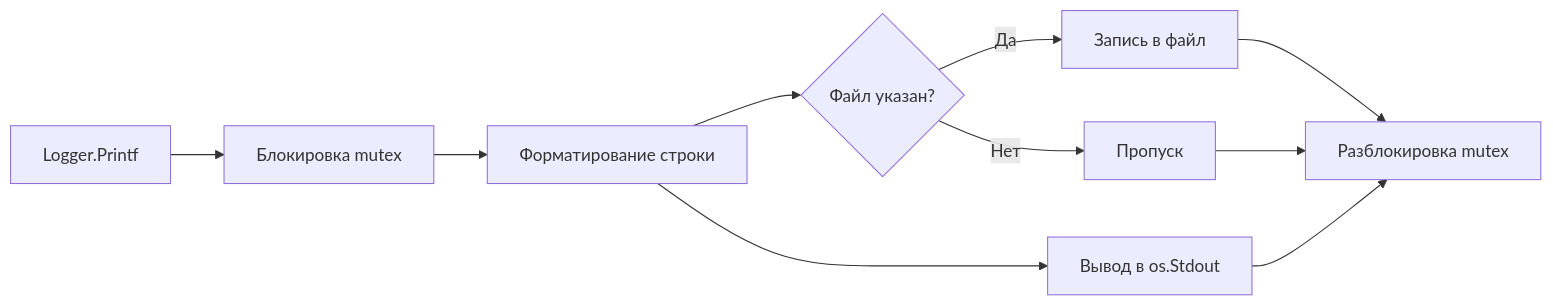
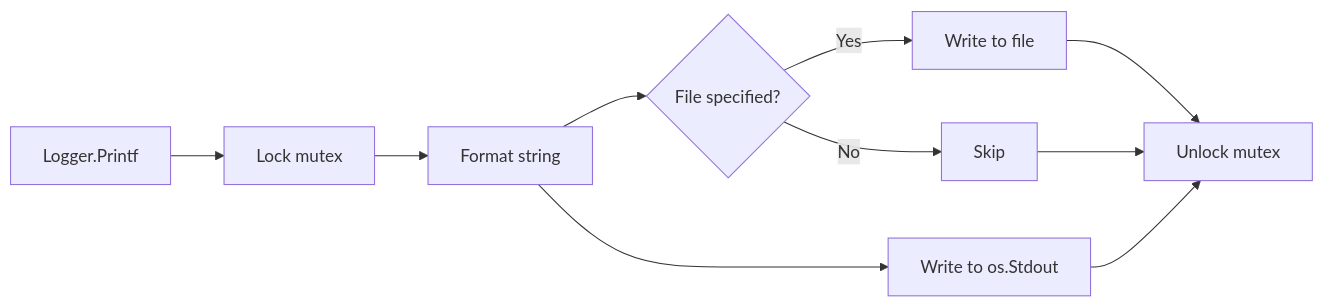
One commit to phrensied/procwatch changed the fourth of 4 diagrams in README.md. Above: the diagram before and after it, drawn with Mermaid. The commit also changed other lines of this file, not shown here.

````diff
--- a/README.md
+++ b/README.md
@@ -109,12 +109,12 @@
 ```mermaid
 flowchart LR
-    A[Logger.Printf] --> B[Блокировка mutex]
-    B --> C[Форматирование строки]
-    C --> D[Вывод в os.Stdout]
-    C --> E{Файл указан?}
-    E -->|Да| F[Запись в файл]
-    E -->|Нет| G[Пропуск]
-    F --> H[Разблокировка mutex]
+    A[Logger.Printf] --> B[Lock mutex]
+    B --> C[Format string]
+    C --> D[Write to os.Stdout]
+    C --> E{File specified?}
+    E -->|Yes| F[Write to file]
+    E -->|No| G[Skip]
+    F --> H[Unlock mutex]
     G --> H
     D --> H
 ```
````
